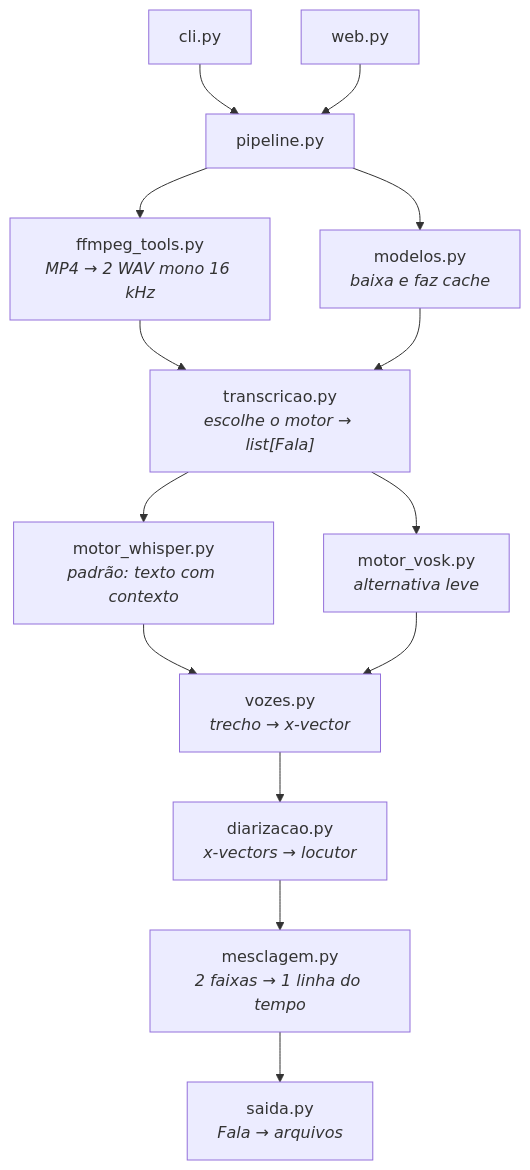
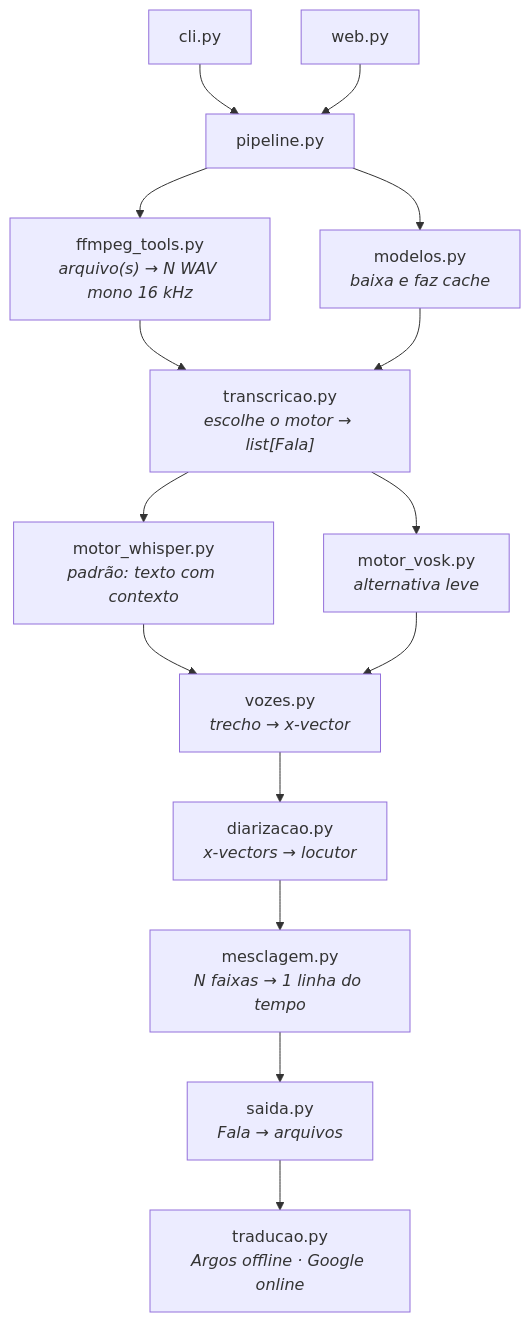
Before and after one commit to Vinicius-Nassif/transcribefy: the first of 2 diagrams in docs/arquitetura.md, drawn with Mermaid. The commit also changed other lines of this file and 3 other files, not shown here.

First line of the commit message:
Documentação das faixas, da tradução offline e do desempenho

````diff
--- a/docs/arquitetura.md
+++ b/docs/arquitetura.md
@@ -34,16 +43,17 @@
 ```mermaid
 flowchart TD
   CLI["cli.py"] --> P["pipeline.py"]
   WEB["web.py"] --> P
-  P --> FF["ffmpeg_tools.py<br/><i>MP4 → 2 WAV mono 16 kHz</i>"]
+  P --> FF["ffmpeg_tools.py<br/><i>arquivo(s) → N WAV mono 16 kHz</i>"]
   P --> MO["modelos.py<br/><i>baixa e faz cache</i>"]
   FF --> TR["transcricao.py<br/><i>escolhe o motor → list[Fala]</i>"]
   MO --> TR
   TR --> MW["motor_whisper.py<br/><i>padrão: texto com contexto</i>"]
   TR --> MV["motor_vosk.py<br/><i>alternativa leve</i>"]
   MW --> VZ["vozes.py<br/><i>trecho → x-vector</i>"]
   MV --> VZ
   VZ --> DI["diarizacao.py<br/><i>x-vectors → locutor</i>"]
-  DI --> ME["mesclagem.py<br/><i>2 faixas → 1 linha do tempo</i>"]
+  DI --> ME["mesclagem.py<br/><i>N faixas → 1 linha do tempo</i>"]
   ME --> SA["saida.py<br/><i>Fala → arquivos</i>"]
+  SA --> TD["traducao.py<br/><i>Argos offline · Google online</i>"]
 ```
````
